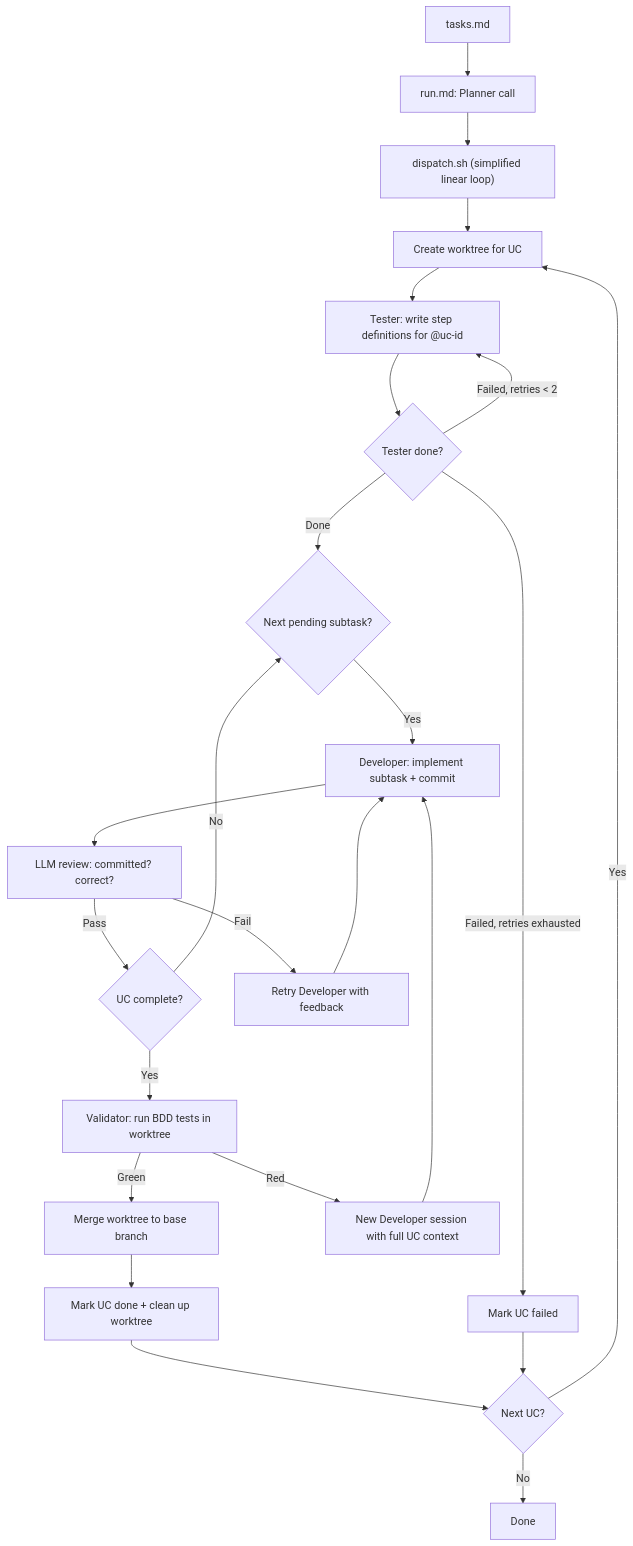
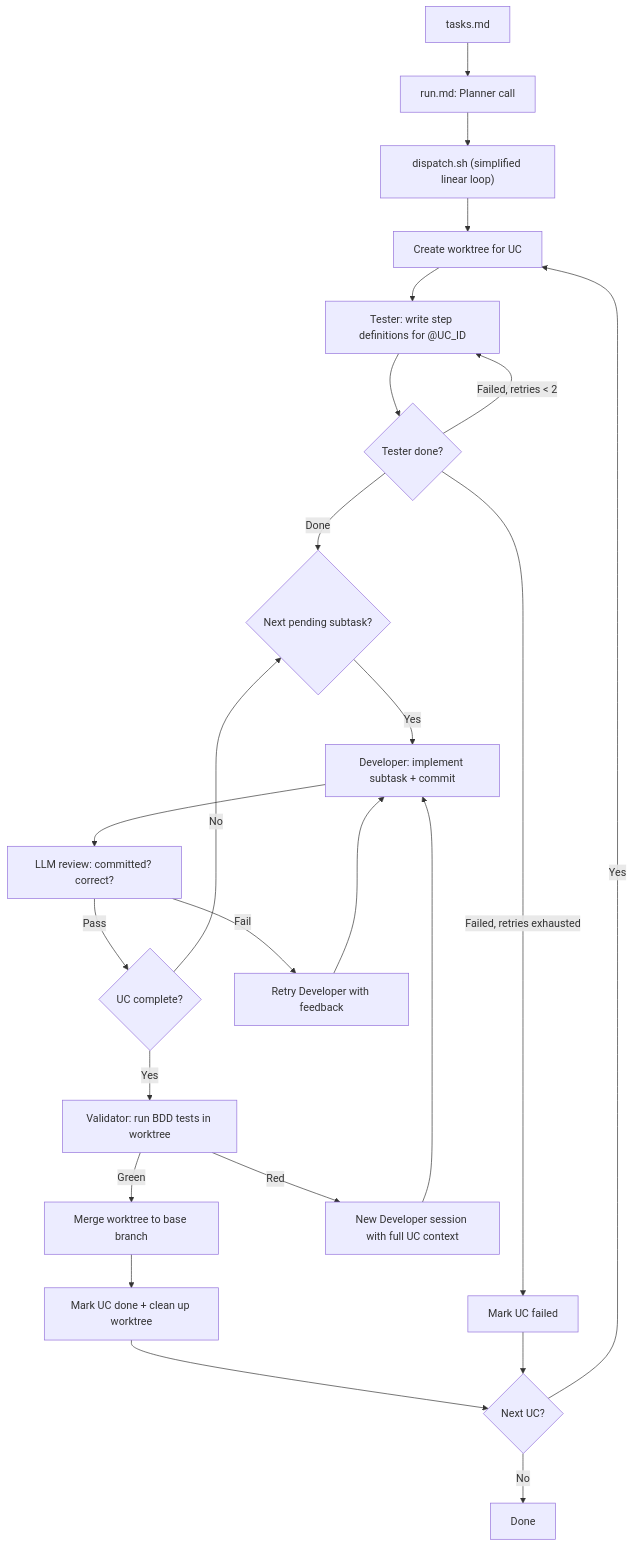
The second of 2 diagrams in prd/specs/20260316-1650-simplified_dispatch_pipeline/impact.md (MolcajeteAI/plugin), drawn with Mermaid before and after one commit. The commit also changed other lines of this file and 6 other files, not shown here.

````diff
--- a/prd/specs/20260316-1650-simplified_dispatch_pipeline/impact.md
+++ b/prd/specs/20260316-1650-simplified_dispatch_pipeline/impact.md
@@ -41,26 +41,26 @@
 ```mermaid
 flowchart TD
     A["tasks.md"] --> B["run.md: Planner call"]
     B --> C["dispatch.sh (simplified linear loop)"]
     C --> W["Create worktree for UC"]
-    W --> T["Tester: write step definitions for @uc-id"]
+    W --> T["Tester: write step definitions for @UC_ID"]
     T --> T2{"Tester done?"}
     T2 -- Failed, retries < 2 --> T
     T2 -- Failed, retries exhausted --> FAIL["Mark UC failed"]
     T2 -- Done --> D{"Next pending subtask?"}
     D -- Yes --> E["Developer: implement subtask + commit"]
     E --> G["LLM review: committed? correct?"]
     G -- Pass --> H{"UC complete?"}
     G -- Fail --> I["Retry Developer with feedback"]
     I --> E
     H -- No --> D
     H -- Yes --> V["Validator: run BDD tests in worktree"]
     V -- Green --> K["Merge worktree to base branch"]
     K --> L["Mark UC done + clean up worktree"]
     L --> D2{"Next UC?"}
     D2 -- Yes --> W
     D2 -- No --> M["Done"]
     FAIL --> D2
     V -- Red --> N["New Developer session with full UC context"]
     N --> E
 ```
````
